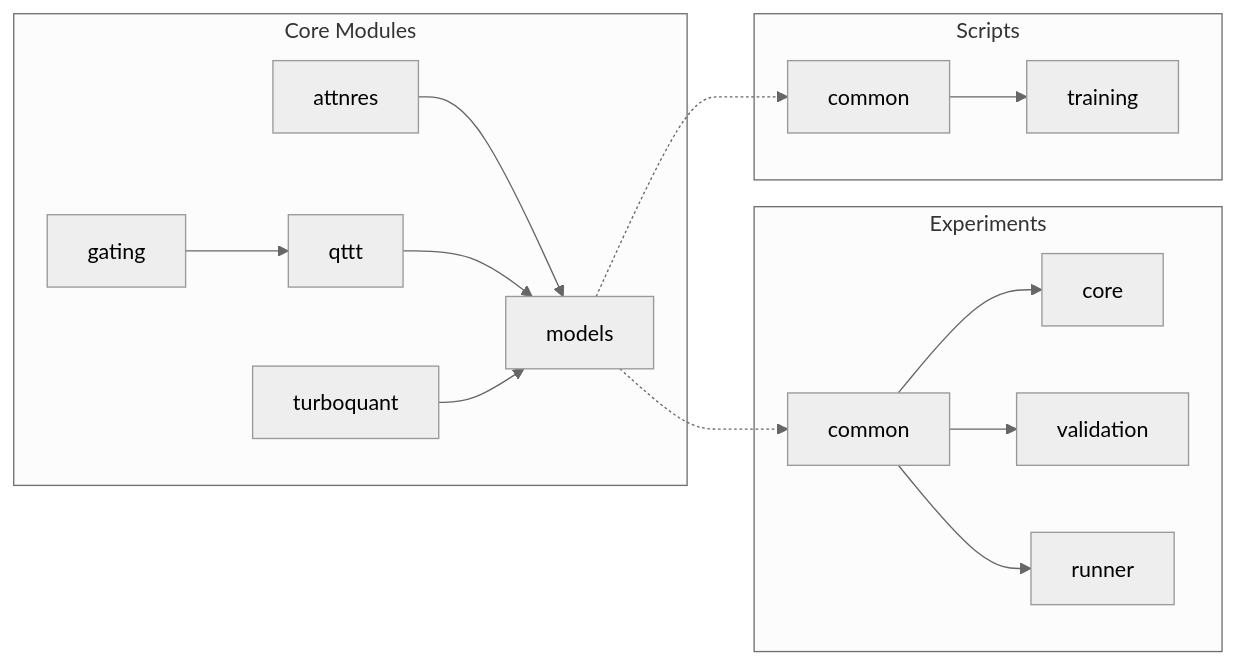
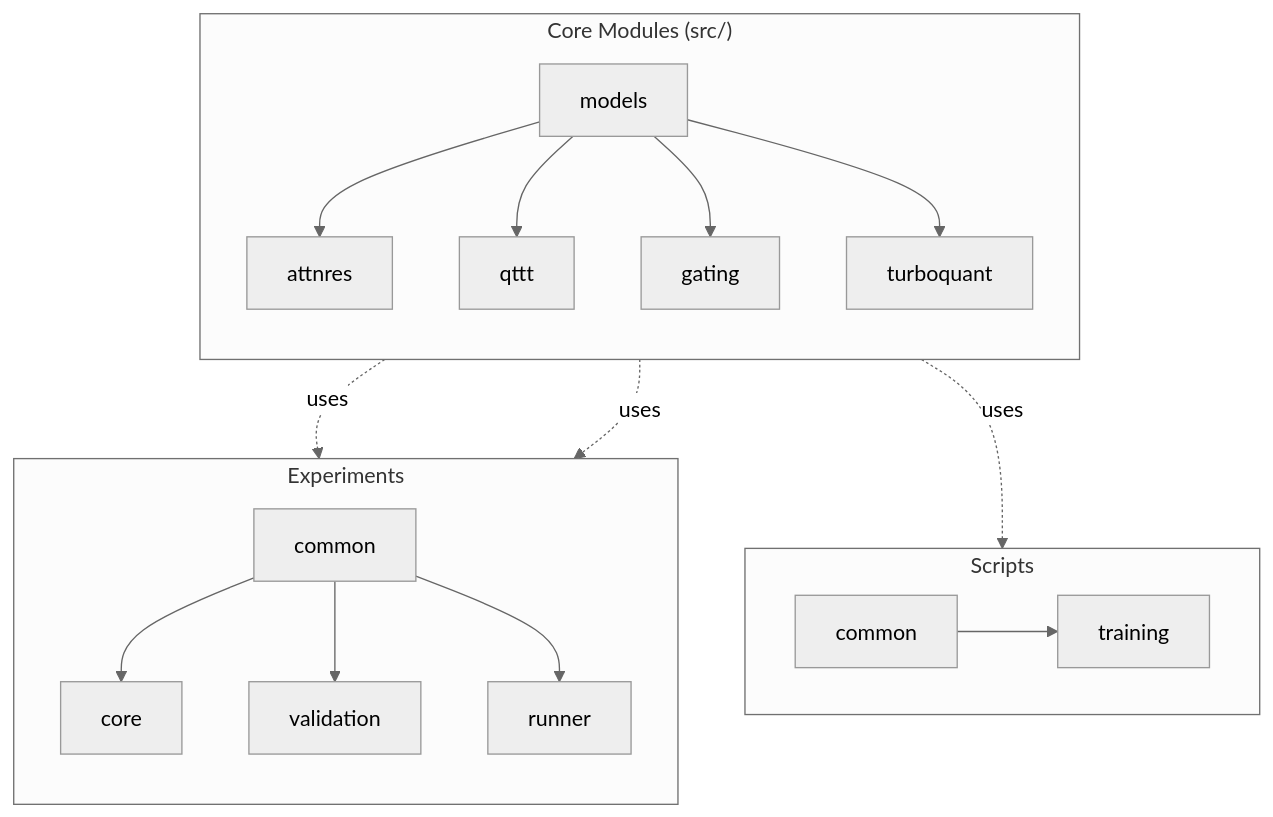
The third of 7 diagrams in docs/ARCHITECTURE.md (sunnyang1/Adaptive-Deep-Networks), drawn with Mermaid (neutral theme) before and after one commit. The commit also changed other lines of this file and 9 other files, not shown here.

````diff
--- a/docs/ARCHITECTURE.md
+++ b/docs/ARCHITECTURE.md
@@ -72,22 +78,25 @@
 ```mermaid
-graph LR
-    subgraph "Core Modules"
-        A[attnres] --> B[models]
-        C[qttt] --> B
-        D[gating] --> C
-        E[turboquant] --> B
+flowchart TD
+    subgraph Core["Core Modules (src/)"]
+        direction TB
+        M[models] --> Attn[attnres]
+        M --> Q[qttt]
+        M --> G[gating]
+        M --> T[turboquant]
     end
     
-    subgraph "Experiments"
-        F[common] --> G[core]
-        F --> H[validation]
-        F --> I[runner]
+    subgraph Exp["Experiments"]
+        direction TB
+        C[common] --> CR[core]
+        C --> V[validation]
+        C --> R[runner]
     end
     
-    subgraph "Scripts"
-        J[common] --> K[training]
+    subgraph Scr["Scripts"]
+        SC[common] --> TR[training]
     end
     
-    B -.-> F
-    B -.-> J
+    Attn -.->|uses| Exp
+    Q -.->|uses| Exp
+    M -.->|uses| Scr
 ```
````
